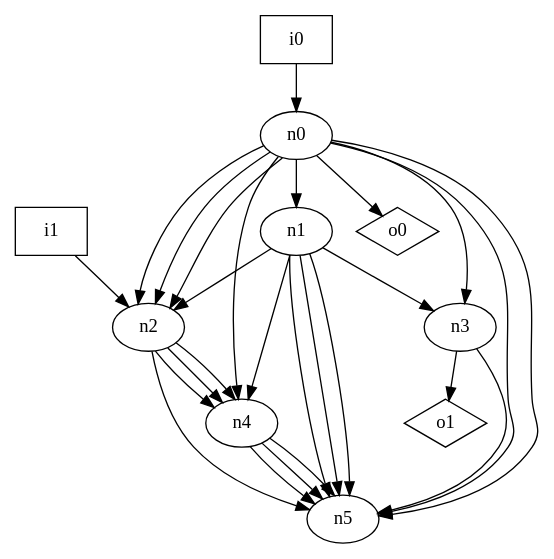
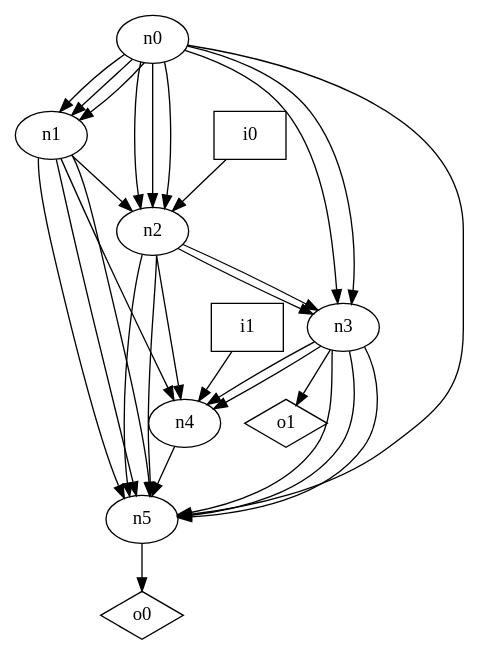
Before and after one commit to p9romain/bool-circuits: the diagram in dot_files/random_graph/DAG_loop_free_graph.dot, drawn with Graphviz. The commit also changed 74 other files, not shown here.

```diff
--- a/dot_files/random_graph/DAG_loop_free_graph.dot
+++ b/dot_files/random_graph/DAG_loop_free_graph.dot
@@ -1,38 +1,41 @@
 digraph G {
 n0 [label="n0"];
 n1 [label="n1"];
 n2 [label="n2"];
 n3 [label="n3"];
 n4 [label="n4"];
 n5 [label="n5"];
 n6 [label="i0",shape="box"];
 n7 [label="i1",shape="box"];
 n8 [label="o0",shape="diamond"];
 n9 [label="o1",shape="diamond"];
 n0 -> n1
+n0 -> n1
+n0 -> n1
 n0 -> n2
 n0 -> n2
 n0 -> n2
 n0 -> n3
-n0 -> n4
+n0 -> n3
 n0 -> n5
-n0 -> n5
-n0 -> n8
 n1 -> n2
-n1 -> n3
 n1 -> n4
 n1 -> n5
 n1 -> n5
 n1 -> n5
-n2 -> n4
-n2 -> n4
+n2 -> n3
+n2 -> n3
 n2 -> n4
 n2 -> n5
+n2 -> n5
+n3 -> n4
+n3 -> n4
+n3 -> n5
+n3 -> n5
 n3 -> n5
 n3 -> n9
 n4 -> n5
-n4 -> n5
-n4 -> n5
-n6 -> n0
-n7 -> n2
+n5 -> n8
+n6 -> n2
+n7 -> n4
 }
```
